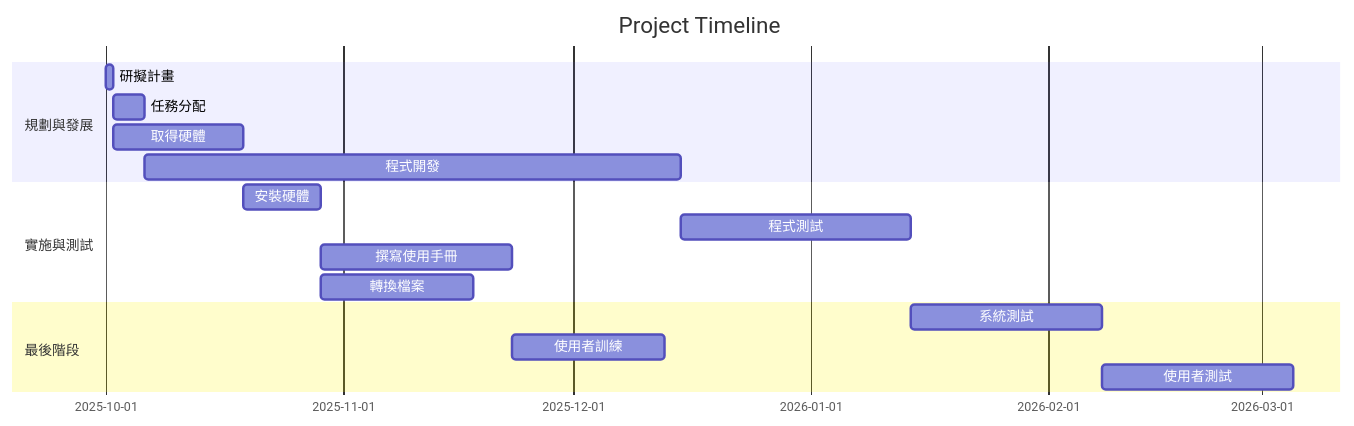
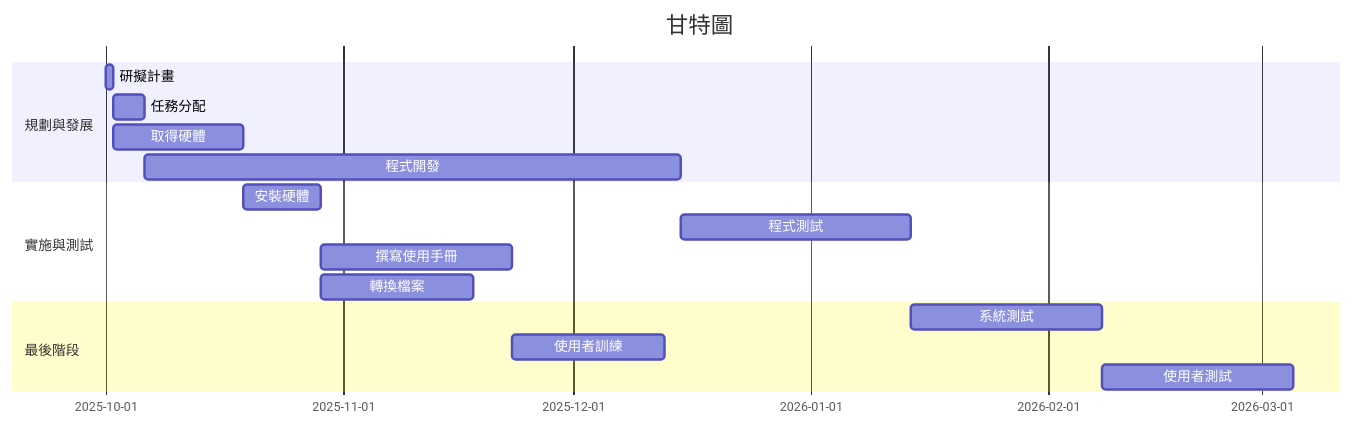
One commit to hong-wei-qi/system-analysis-and-design changed the second of 2 diagrams in hw2.md. Above: the diagram before and after it, drawn with Mermaid. The commit also changed other lines of this file, not shown here.

````diff
--- a/hw2.md
+++ b/hw2.md
@@ -28,19 +23,19 @@
 ```mermaid
 gantt
-    title Project Timeline
+    title 甘特圖
 
     section 規劃與發展
     研擬計畫        : Task1, 2025-10-01, 1d
     任務分配        : Task2, after Task1, 4d
     取得硬體        : Task3, after Task1, 17d
     程式開發        : Task4, after Task2, 70d
     section 實施與測試
     安裝硬體        : Task5, after Task3, 10d
     程式測試        : Task6, after Task4, 30d
     撰寫使用手冊    : Task7, after Task5, 25d
     轉換檔案        : Task8, after Task5, 20d
     section 最後階段
     系統測試        : Task9, after Task6, 25d
     使用者訓練      : Task10, after Task7, 20d
     使用者測試      : Task11, after Task9, 25d
 ```
````
